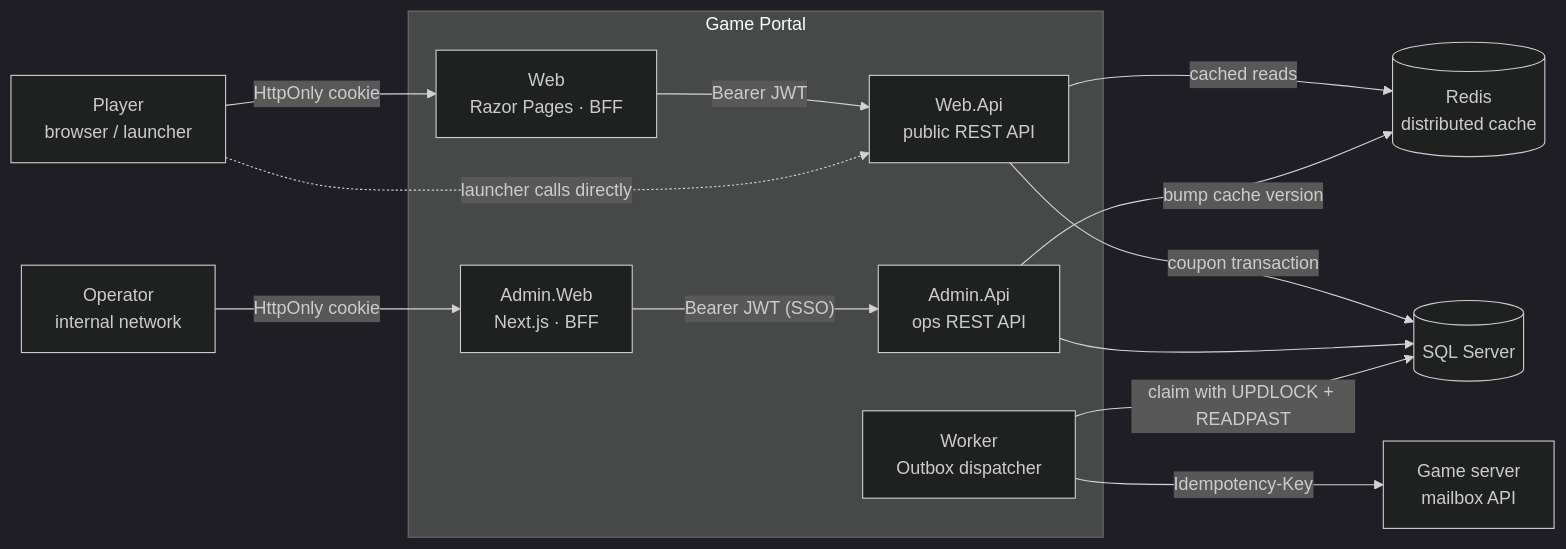
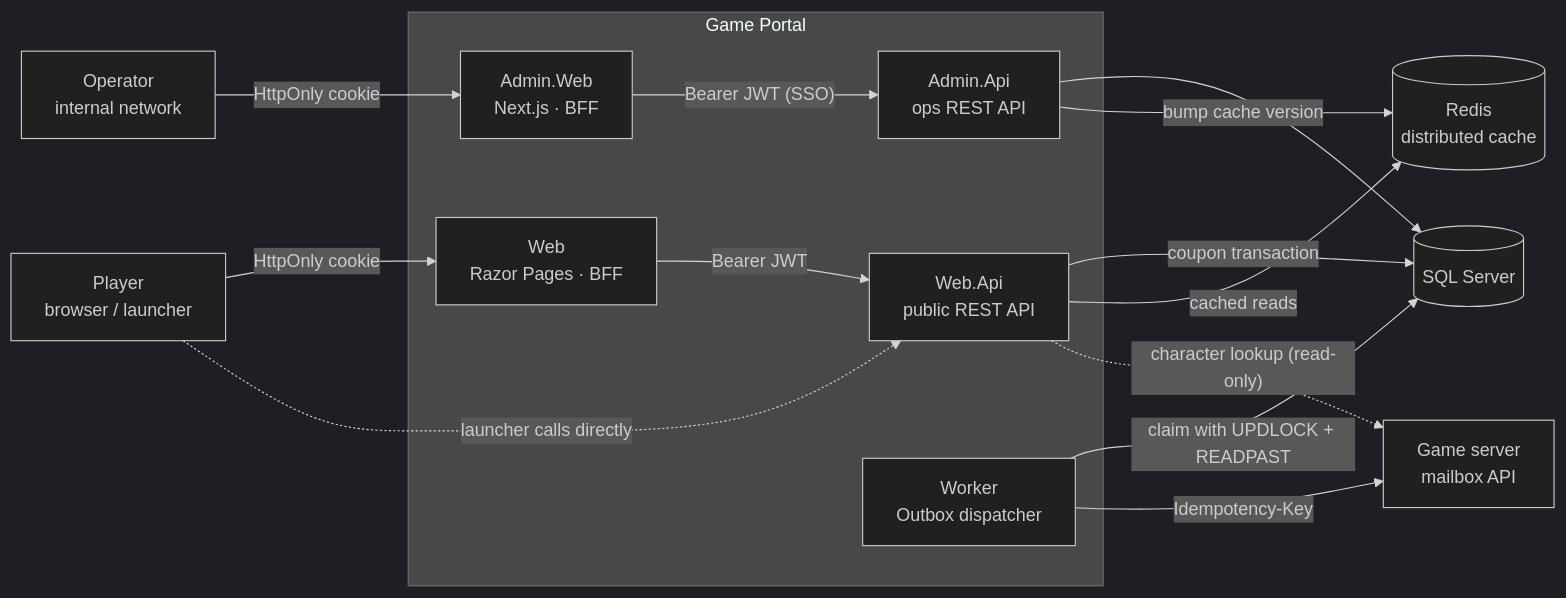
Before and after one commit to hyunolike/game-portal-poc: the first of 6 diagrams in README.md, drawn with Mermaid (dark theme). The commit also changed other lines of this file and 47 other files, not shown here.

````diff
--- a/README.md
+++ b/README.md
@@ -74,29 +74,30 @@
 ```mermaid
 flowchart LR
     Player["Player<br/>browser / launcher"]
     Operator["Operator<br/>internal network"]
 
     subgraph Portal["Game Portal"]
         Web["Web<br/>Razor Pages · BFF"]
         WebApi["Web.Api<br/>public REST API"]
         AdminWeb["Admin.Web<br/>Next.js · BFF"]
         AdminApi["Admin.Api<br/>ops REST API"]
         Worker["Worker<br/>Outbox dispatcher"]
     end
 
     DB[("SQL Server")]
     Redis[("Redis<br/>distributed cache")]
     Game["Game server<br/>mailbox API"]
 
     Player -- "HttpOnly cookie" --> Web
     Web -- "Bearer JWT" --> WebApi
     Player -. "launcher calls directly" .-> WebApi
     Operator -- "HttpOnly cookie" --> AdminWeb
     AdminWeb -- "Bearer JWT (SSO)" --> AdminApi
     WebApi -- "coupon transaction" --> DB
     WebApi -- "cached reads" --> Redis
     AdminApi --> DB
     AdminApi -- "bump cache version" --> Redis
     Worker -- "claim with UPDLOCK + READPAST" --> DB
     Worker -- "Idempotency-Key" --> Game
+    WebApi -. "character lookup (read-only)" .-> Game
 ```
````
